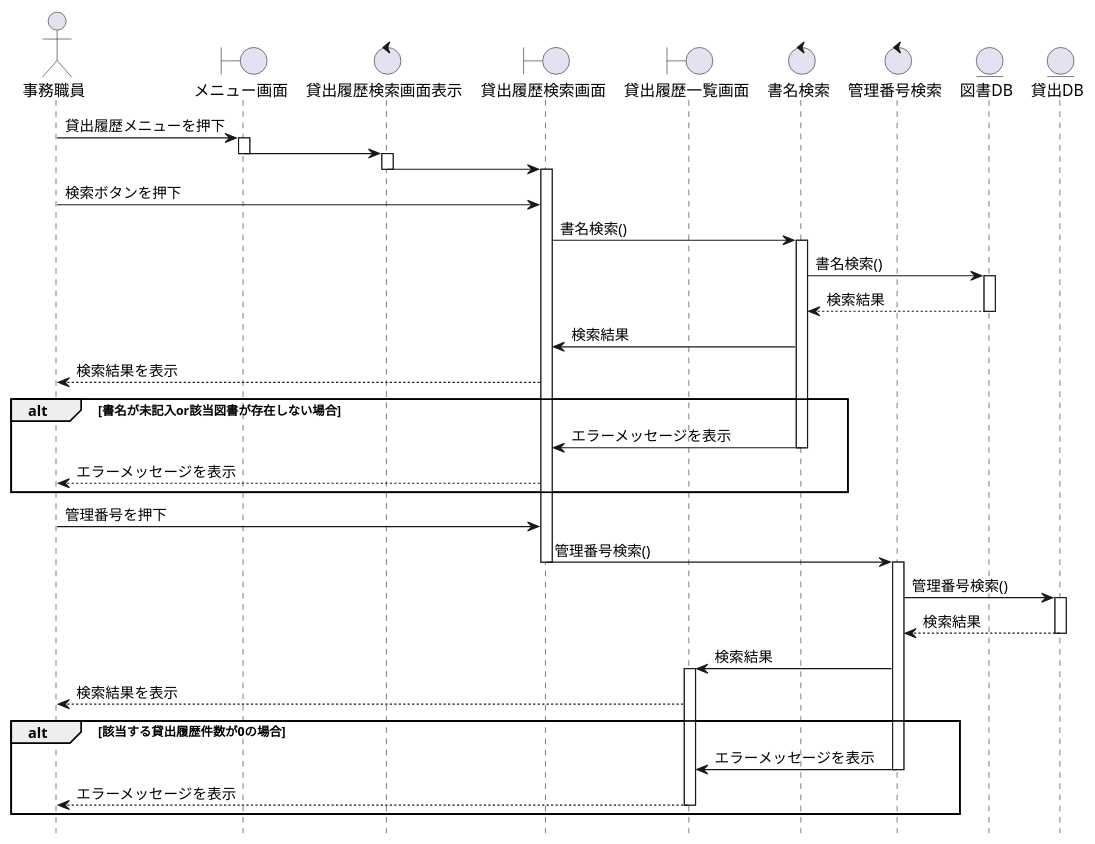
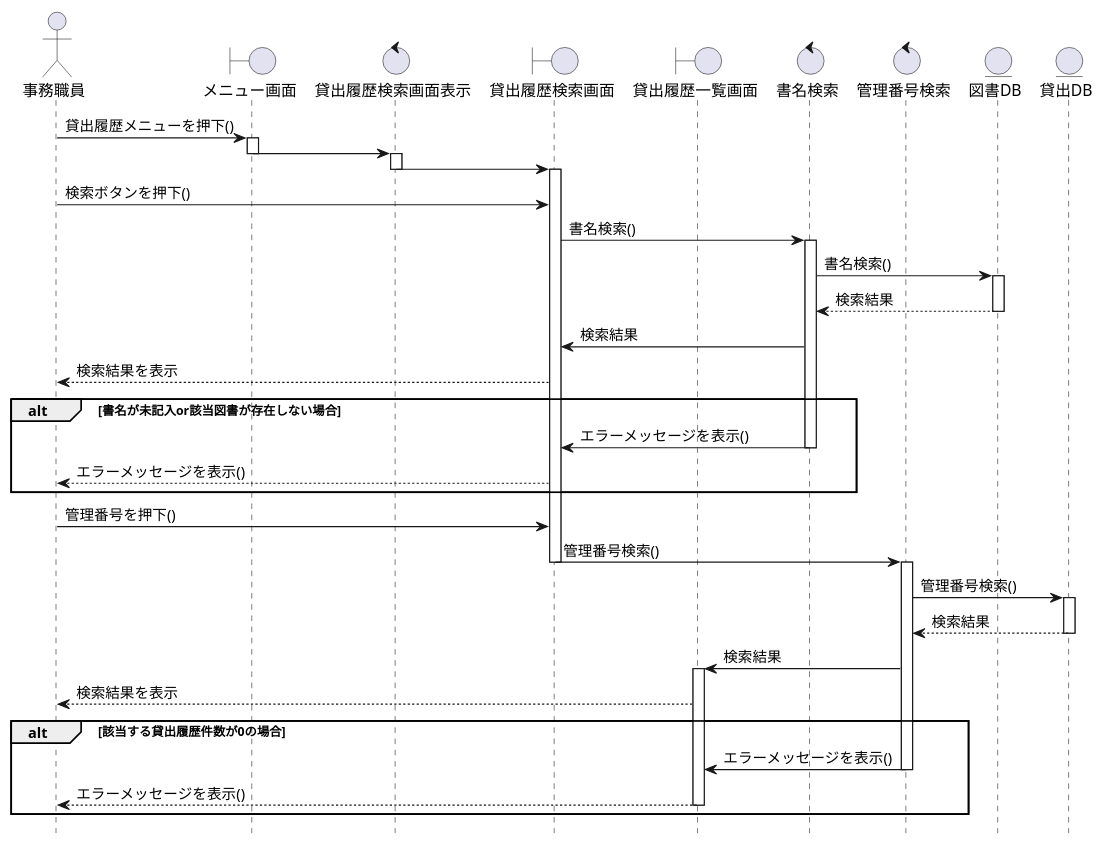
Before and after one commit to FujikawaHirono0520/group3_1_dogdog: the diagram in kouka2/sequense_view.pu, drawn with PlantUML.

Commit message:
閲覧履歴

```diff
--- a/kouka2/sequense_view.pu
+++ b/kouka2/sequense_view.pu
@@ -1,76 +1,76 @@
 @startuml  貸出履歴検索・一覧表示シーケンス図 
 
 ' 図の下部にある参加者名を非表示にします
 hide footbox
 
 ' 参加者の定義
 actor 事務職員
 boundary "メニュー画面" as Menu
 control "貸出履歴検索画面表示" as SearchDisplayControl
 boundary "貸出履歴検索画面" as SearchScreen
 boundary "貸出履歴一覧画面" as ListScreen
 control "書名検索" as TitleSearchControl
 control "管理番号検索" as IdSearchControl
 entity "図書DB" as BookDB
 entity "貸出DB" as LoanDB
 
 
 ' 処理開始
-事務職員 -> Menu : 貸出履歴メニューを押下
+事務職員 -> Menu : 貸出履歴メニューを押下()
 activate Menu
-Menu -> SearchDisplayControl : 
+Menu -> SearchDisplayControl
 deactivate Menu
 activate SearchDisplayControl
-SearchDisplayControl -> SearchScreen : 
+SearchDisplayControl -> SearchScreen
 deactivate SearchDisplayControl
 activate SearchScreen
 
 ' 1. 書名による検索のフロー
-事務職員 -> SearchScreen : 検索ボタンを押下 
+事務職員 -> SearchScreen : 検索ボタンを押下()
 SearchScreen -> TitleSearchControl : 書名検索()
 activate TitleSearchControl
 
 ' 検索成功ルート
 TitleSearchControl -> BookDB : 書名検索()
 activate BookDB
 BookDB --> TitleSearchControl : 検索結果
 deactivate BookDB
 TitleSearchControl -> SearchScreen : 検索結果
 SearchScreen --> 事務職員 : 検索結果を表示
 
 ' 検索エラーメッセージ表示ルート
 alt 書名が未記入or該当図書が存在しない場合
-    TitleSearchControl -> SearchScreen : エラーメッセージを表示
+    TitleSearchControl -> SearchScreen : エラーメッセージを表示()
     deactivate TitleSearchControl
-    SearchScreen --> 事務職員 : エラーメッセージを表示
+    SearchScreen --> 事務職員 : エラーメッセージを表示()
 end
 
 
 ' 2. 管理番号による一覧表示のフロー
-事務職員 -> SearchScreen : 管理番号を押下
+事務職員 -> SearchScreen : 管理番号を押下()
 SearchScreen -> IdSearchControl : 管理番号検索()
 deactivate SearchScreen
 activate IdSearchControl
 
 IdSearchControl -> LoanDB : 管理番号検索()
 activate LoanDB
 LoanDB --> IdSearchControl : 検索結果
 deactivate LoanDB
 
 ' 一覧表示成功ルート
 IdSearchControl -> ListScreen : 検索結果
 activate ListScreen
 ListScreen --> 事務職員 : 検索結果を表示
 
 ' 一覧表示エラーメッセージ表示ルート
 alt 該当する貸出履歴件数が0の場合
-    IdSearchControl -> ListScreen : エラーメッセージを表示
+    IdSearchControl -> ListScreen : エラーメッセージを表示()
     deactivate IdSearchControl
-    ListScreen --> 事務職員 : エラーメッセージを表示
+    ListScreen --> 事務職員 : エラーメッセージを表示()
     deactivate ListScreen
 end
 
 ' SearchScreen のアクティベーション終了
 deactivate SearchScreen
 
 @enduml
```
